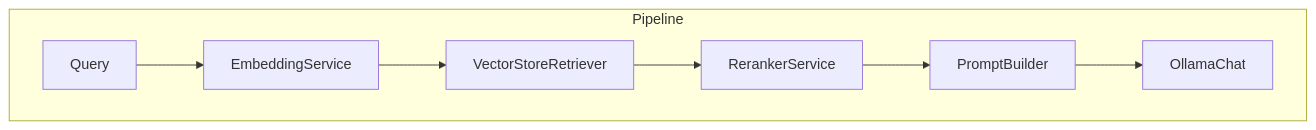
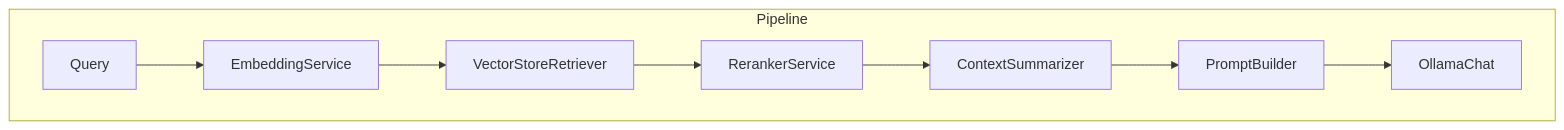
The diagram in docs/langchain/overview.md (Cstannahill/ollama-web), drawn with Mermaid before and after one commit. The commit also changed other lines of this file and 7 other files, not shown here.

Commit message:
feat(agent-pipeline): add context summarizer and ux tweaks

````diff
--- a/docs/langchain/overview.md
+++ b/docs/langchain/overview.md
@@ -25,12 +25,13 @@
 ```mermaid
 flowchart TD
     subgraph Pipeline
         Q[Query]
         E[EmbeddingService]
         R[VectorStoreRetriever]
         RR[RerankerService]
+        S[ContextSummarizer]
         P[PromptBuilder]
         C[OllamaChat]
     end
-    Q --> E --> R --> RR --> P --> C
+    Q --> E --> R --> RR --> S --> P --> C
 ```
````
